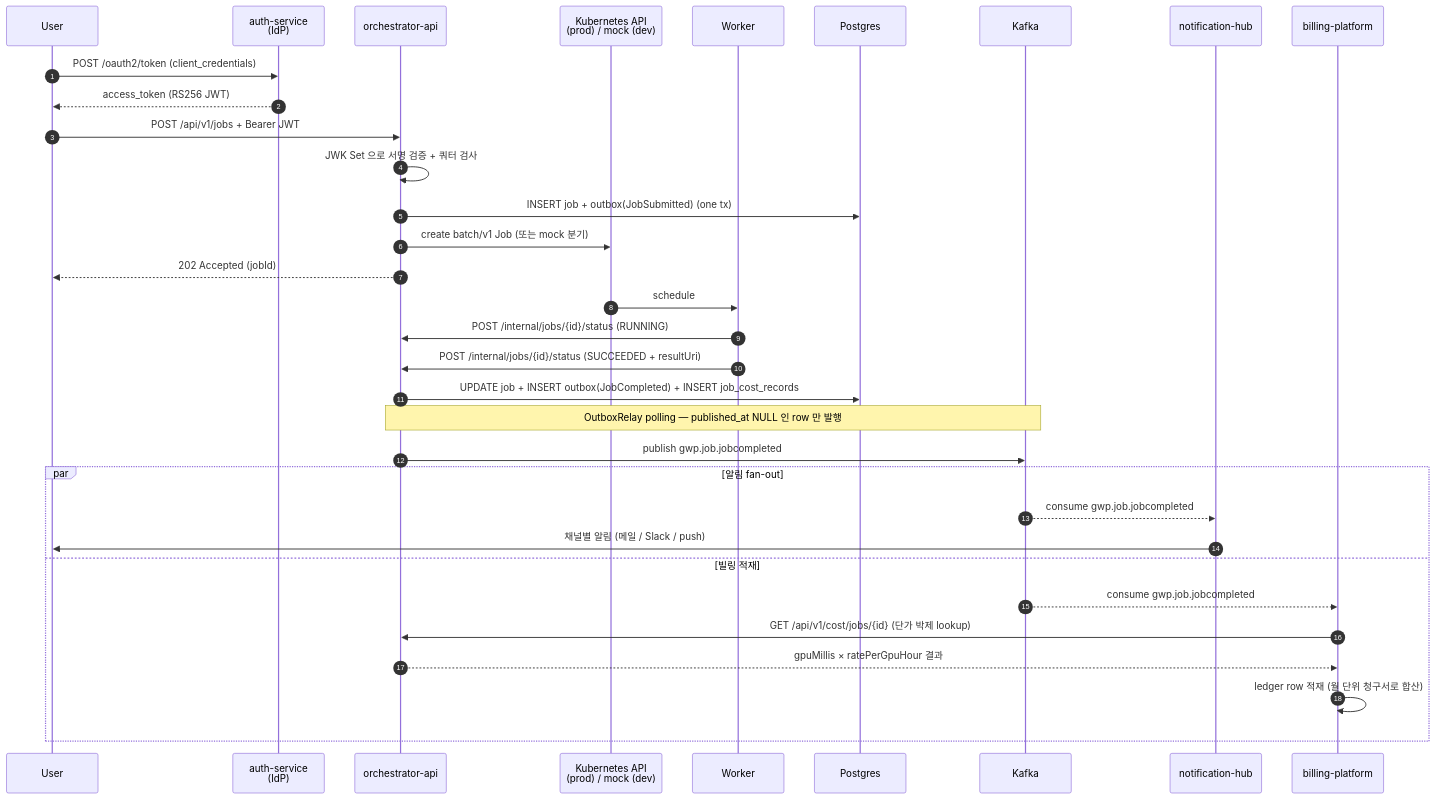
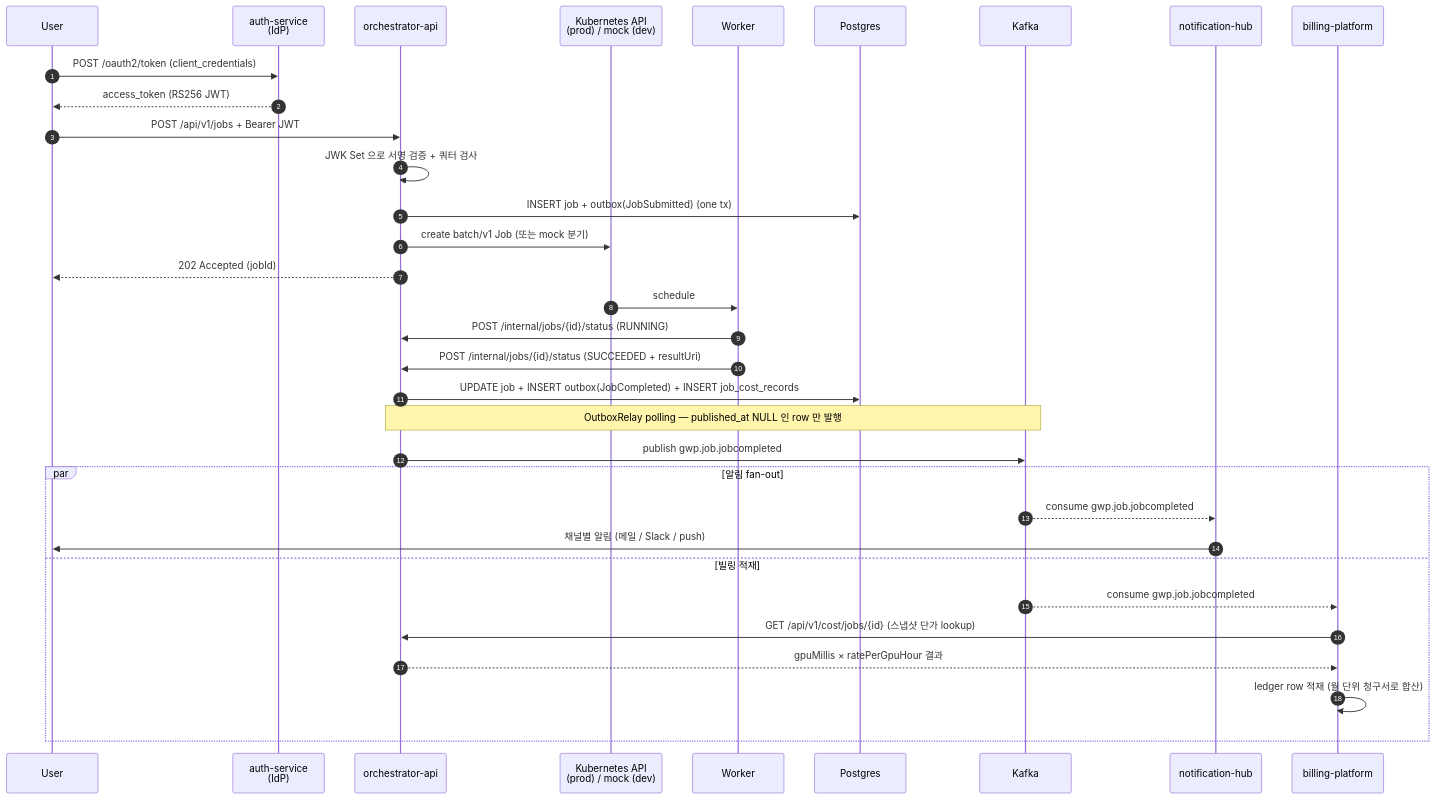
One commit to ssa1004/gpu-job-orchestrator changed the second of 2 diagrams in README.md. Above: the diagram before and after it, drawn with Mermaid. The commit also changed other lines of this file and 2 other files, not shown here.

First line of the commit message:
docs(readme): stale 카운트 정정 + 박제 -> 스냅샷 / trade-off 정리

````diff
--- a/README.md
+++ b/README.md
@@ -323,39 +323,39 @@
 ```mermaid
 sequenceDiagram
     autonumber
     participant U as User
     participant Auth as auth-service<br/>(IdP)
     participant API as orchestrator-api
     participant K8s as Kubernetes API<br/>(prod) / mock (dev)
     participant W as Worker
     participant DB as Postgres
     participant K as Kafka
     participant N as notification-hub
     participant B as billing-platform
 
     U->>Auth: POST /oauth2/token (client_credentials)
     Auth-->>U: access_token (RS256 JWT)
     U->>API: POST /api/v1/jobs + Bearer JWT
     API->>API: JWK Set 으로 서명 검증 + 쿼터 검사
     API->>DB: INSERT job + outbox(JobSubmitted) (one tx)
     API->>K8s: create batch/v1 Job (또는 mock 분기)
     API-->>U: 202 Accepted (jobId)
 
     K8s->>W: schedule
     W->>API: POST /internal/jobs/{id}/status (RUNNING)
     W->>API: POST /internal/jobs/{id}/status (SUCCEEDED + resultUri)
     API->>DB: UPDATE job + INSERT outbox(JobCompleted) + INSERT job_cost_records
 
     Note over API,K: OutboxRelay polling — published_at NULL 인 row 만 발행
     API->>K: publish gwp.job.jobcompleted
 
     par 알림 fan-out
         K-->>N: consume gwp.job.jobcompleted
         N->>U: 채널별 알림 (메일 / Slack / push)
     and 빌링 적재
         K-->>B: consume gwp.job.jobcompleted
-        B->>API: GET /api/v1/cost/jobs/{id} (단가 박제 lookup)
+        B->>API: GET /api/v1/cost/jobs/{id} (스냅샷 단가 lookup)
         API-->>B: gpuMillis × ratePerGpuHour 결과
         B->>B: ledger row 적재 (월 단위 청구서로 합산)
     end
 ```
````
